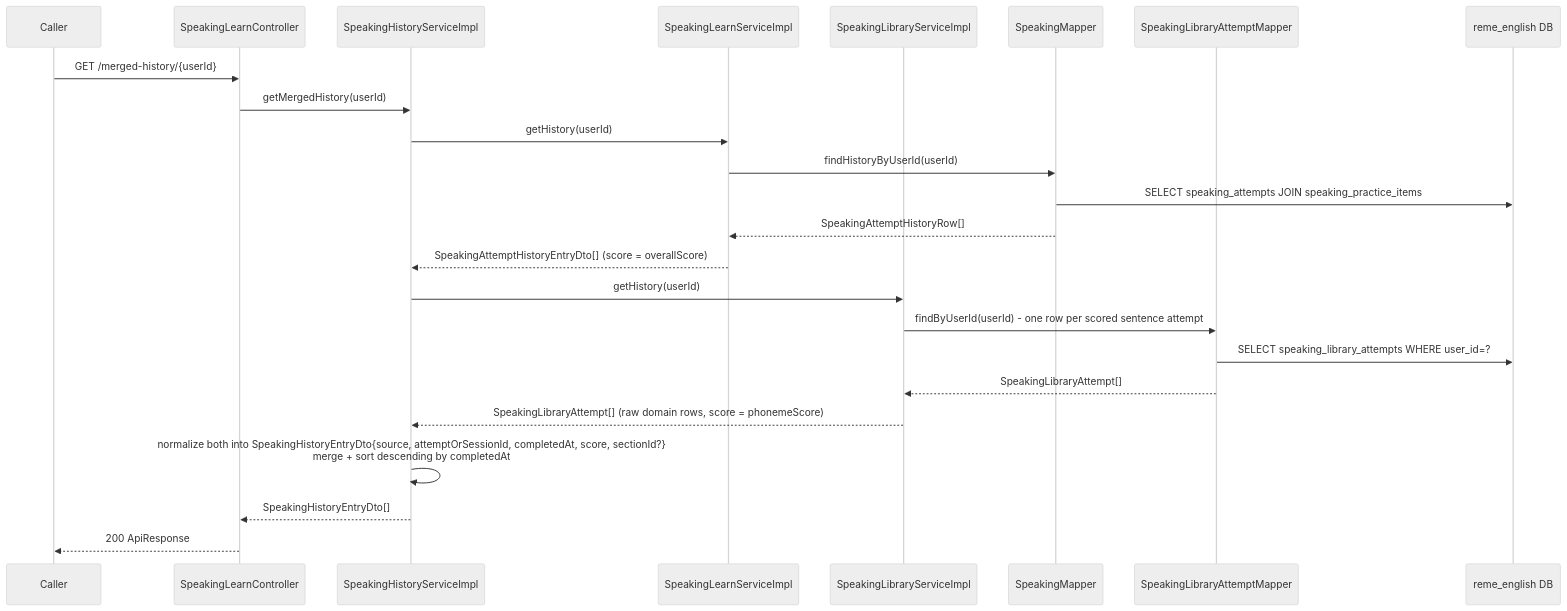
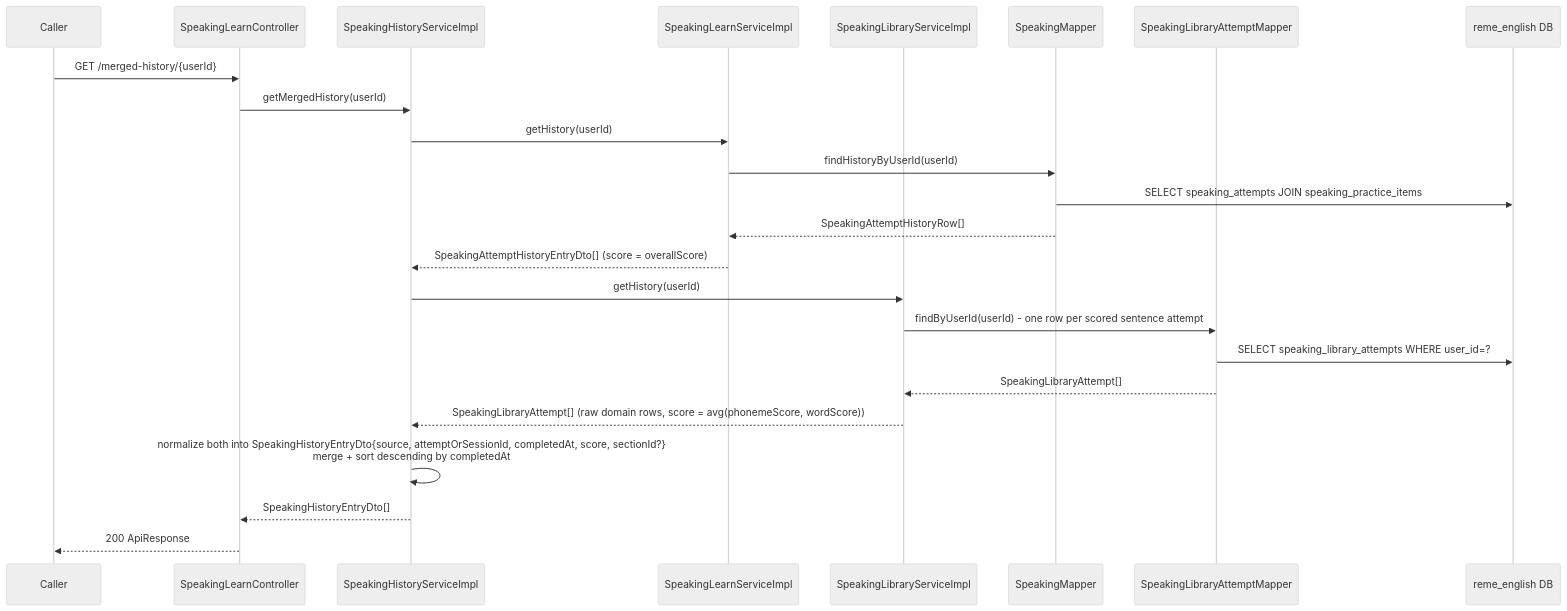
The fourth of 4 diagrams in docs/sequence/English_service/speaking-learn.md (CuongNguyen13/RemeLearning), drawn with Mermaid (neutral theme) before and after one commit. The commit also changed 4 other files, not shown here.

First line of the commit message:
fix(english-service): average phoneme+word score for speaking library history entries

````diff
--- a/docs/sequence/English_service/speaking-learn.md
+++ b/docs/sequence/English_service/speaking-learn.md
@@ -153,27 +153,27 @@
 ```mermaid
 sequenceDiagram
     participant Caller
     participant Ctrl as SpeakingLearnController
     participant HSvc as SpeakingHistoryServiceImpl
     participant LearnSvc as SpeakingLearnServiceImpl
     participant LibSvc as SpeakingLibraryServiceImpl
     participant SMapper as SpeakingMapper
     participant LibAttemptMapper as SpeakingLibraryAttemptMapper
     participant DB as reme_english DB
 
     Caller->>Ctrl: GET /merged-history/{userId}
     Ctrl->>HSvc: getMergedHistory(userId)
     HSvc->>LearnSvc: getHistory(userId)
     LearnSvc->>SMapper: findHistoryByUserId(userId)
     SMapper->>DB: SELECT speaking_attempts JOIN speaking_practice_items
     SMapper-->>LearnSvc: SpeakingAttemptHistoryRow[]
     LearnSvc-->>HSvc: SpeakingAttemptHistoryEntryDto[] (score = overallScore)
     HSvc->>LibSvc: getHistory(userId)
     LibSvc->>LibAttemptMapper: findByUserId(userId) - one row per scored sentence attempt
     LibAttemptMapper->>DB: SELECT speaking_library_attempts WHERE user_id=?
     LibAttemptMapper-->>LibSvc: SpeakingLibraryAttempt[]
-    LibSvc-->>HSvc: SpeakingLibraryAttempt[] (raw domain rows, score = phonemeScore)
+    LibSvc-->>HSvc: SpeakingLibraryAttempt[] (raw domain rows, score = avg(phonemeScore, wordScore))
     HSvc->>HSvc: normalize both into SpeakingHistoryEntryDto{source, attemptOrSessionId, completedAt, score, sectionId?}<br/>merge + sort descending by completedAt
     HSvc-->>Ctrl: SpeakingHistoryEntryDto[]
     Ctrl-->>Caller: 200 ApiResponse
 ```
````
